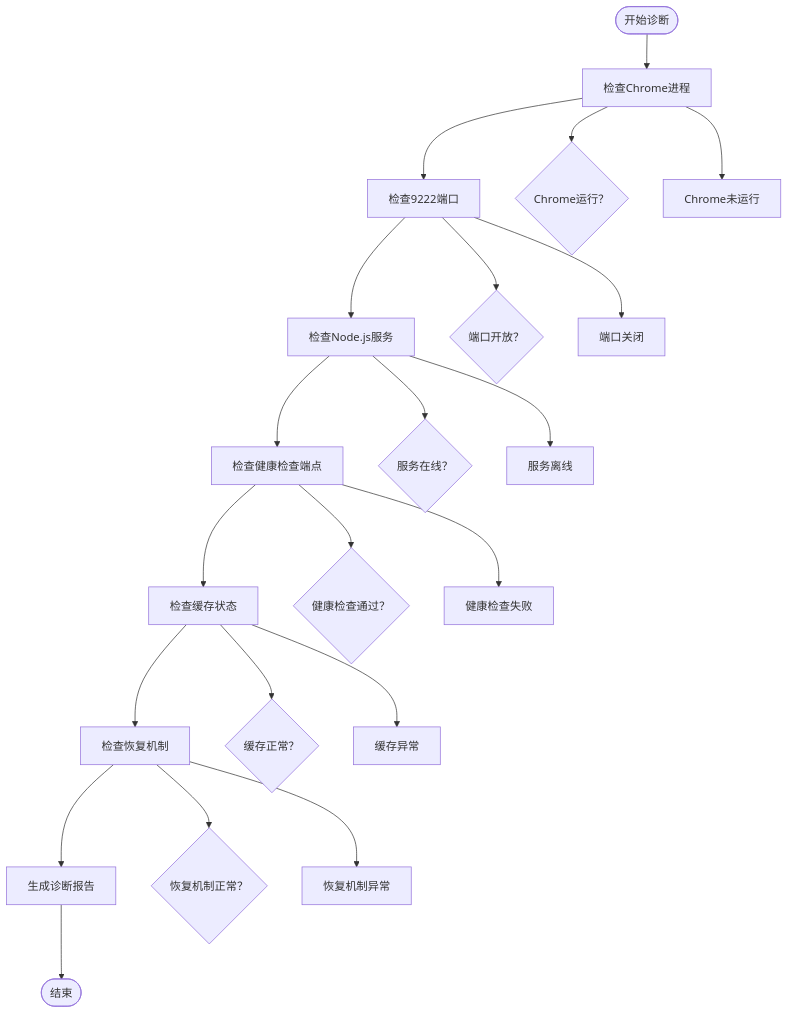
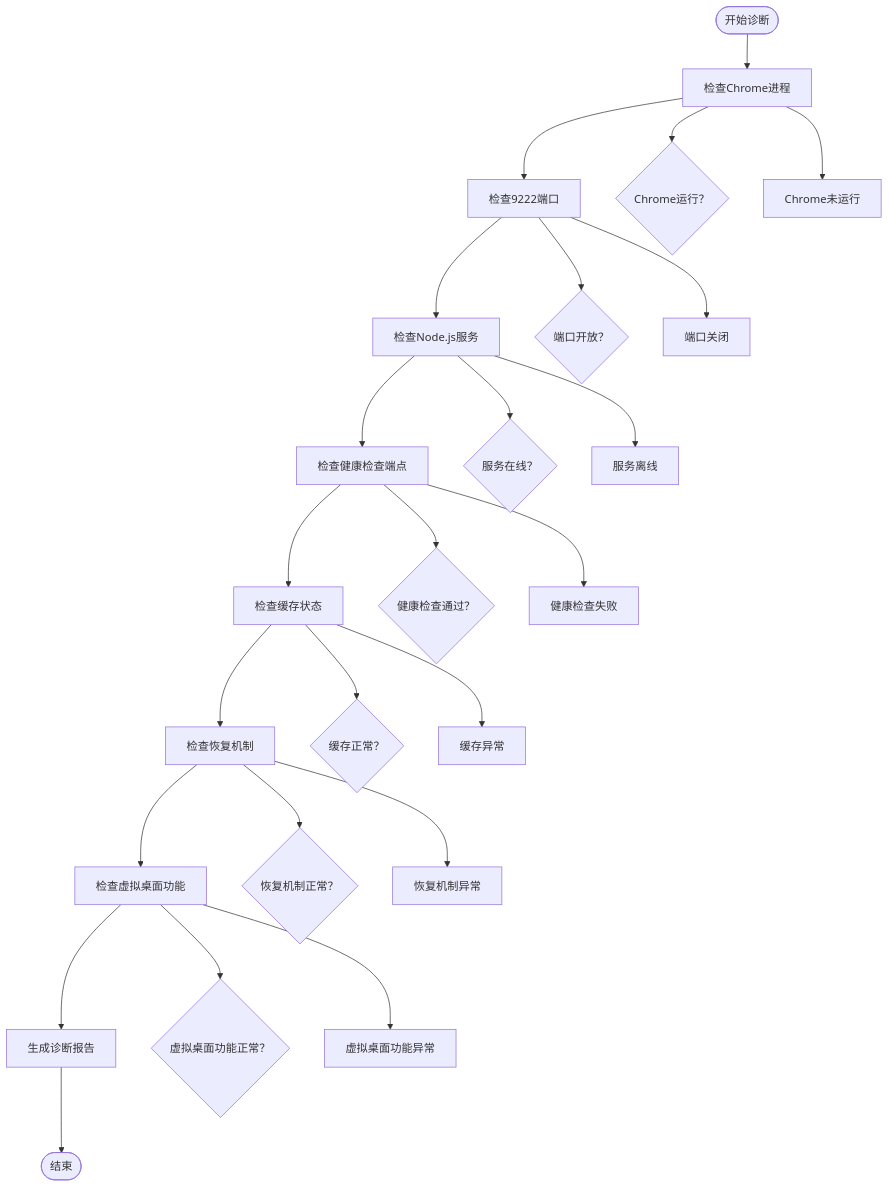
Before and after one commit to wangys-123doit/hotkey: the tenth of 13 diagrams in .qoder/repowiki/zh/content/外部工具集成/Node.js桥接工具.md, drawn with Mermaid. The commit also changed other lines of this file and 5 other files, not shown here.

````diff
--- a/.qoder/repowiki/zh/content/外部工具集成/Node.js桥接工具.md
+++ b/.qoder/repowiki/zh/content/外部工具集成/Node.js桥接工具.md
@@ -526,23 +610,26 @@
 ```mermaid
 flowchart TD
 Start([开始诊断]) --> CheckChrome["检查Chrome进程"]
 CheckChrome --> CheckPort["检查9222端口"]
 CheckPort --> CheckBridge["检查Node.js服务"]
 CheckBridge --> CheckHealth["检查健康检查端点"]
 CheckHealth --> CheckCache["检查缓存状态"]
 CheckCache --> CheckRecovery["检查恢复机制"]
-CheckRecovery --> Report["生成诊断报告"]
+CheckRecovery --> CheckVirtualDesktop["检查虚拟桌面功能"]
+CheckVirtualDesktop --> Report["生成诊断报告"]
 Report --> End([结束])
 CheckChrome --> ChromeOK{"Chrome运行？"}
 CheckChrome --> ChromeFail["Chrome未运行"]
 CheckPort --> PortOK{"端口开放？"}
 CheckPort --> PortFail["端口关闭"]
 CheckBridge --> BridgeOK{"服务在线？"}
 CheckBridge --> BridgeFail["服务离线"]
 CheckHealth --> HealthOK{"健康检查通过？"}
 CheckHealth --> HealthFail["健康检查失败"]
 CheckCache --> CacheOK{"缓存正常？"}
 CheckCache --> CacheFail["缓存异常"]
 CheckRecovery --> RecoveryOK{"恢复机制正常？"}
 CheckRecovery --> RecoveryFail["恢复机制异常"]
+CheckVirtualDesktop --> VDOK{"虚拟桌面功能正常？"}
+CheckVirtualDesktop --> VDFail["虚拟桌面功能异常"]
 ```
````
